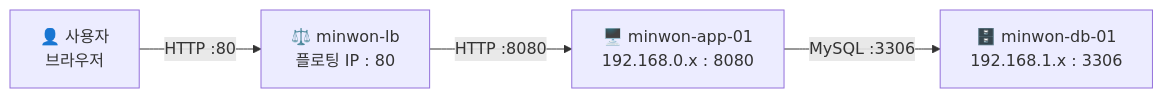
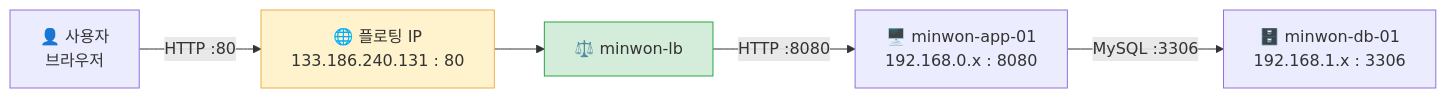
One commit to skilleat-labs/cloud-native-minwon-lab changed the second of 2 diagrams in docs/day1/session4.md. Above: the diagram before and after it, drawn with Mermaid. The commit also changed other lines of this file, not shown here.

Commit message:
4차시: 플로팅 IP 이전/이후 비교 다이어그램 2개로 교체

````diff
--- a/docs/day1/session4.md
+++ b/docs/day1/session4.md
@@ -92,11 +109,16 @@
 ```mermaid
 flowchart LR
     U["👤 사용자\n브라우저"]
-    LB["⚖️ minwon-lb\n플로팅 IP : 80"]
+    FIP["🌐 플로팅 IP\n133.186.240.131 : 80"]
+    LB["⚖️ minwon-lb"]
     APP["🖥️ minwon-app-01\n192.168.0.x : 8080"]
     DB["🗄️ minwon-db-01\n192.168.1.x : 3306"]
 
-    U -->|"HTTP :80"| LB
+    U -->|"HTTP :80"| FIP
+    FIP --> LB
     LB -->|"HTTP :8080"| APP
     APP -->|"MySQL :3306"| DB
+
+    style FIP fill:#fff3cd,stroke:#f0ad4e
+    style LB fill:#d4edda,stroke:#28a745
 ```
````
